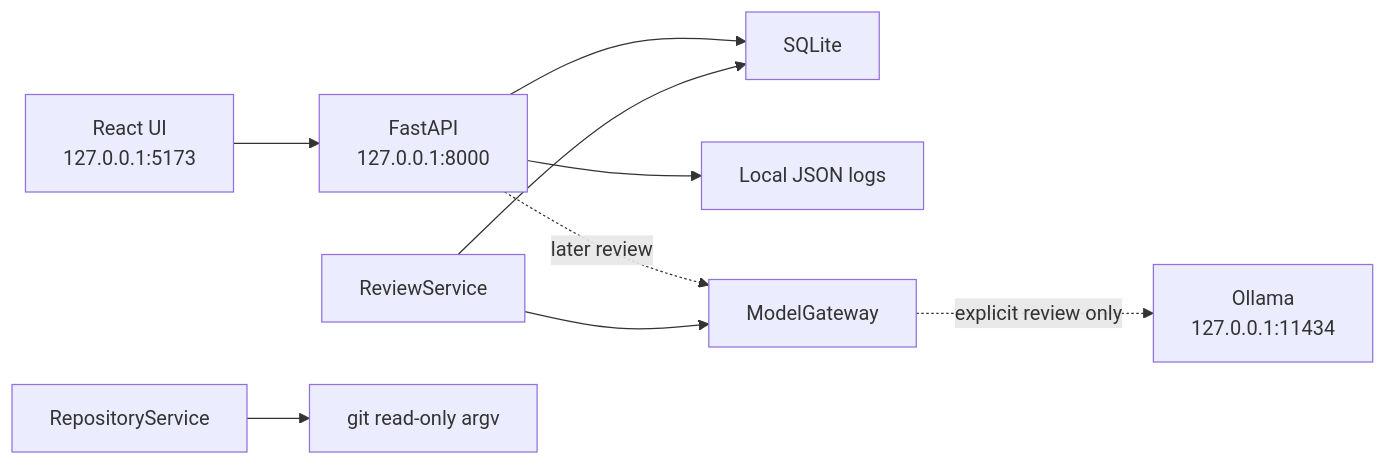
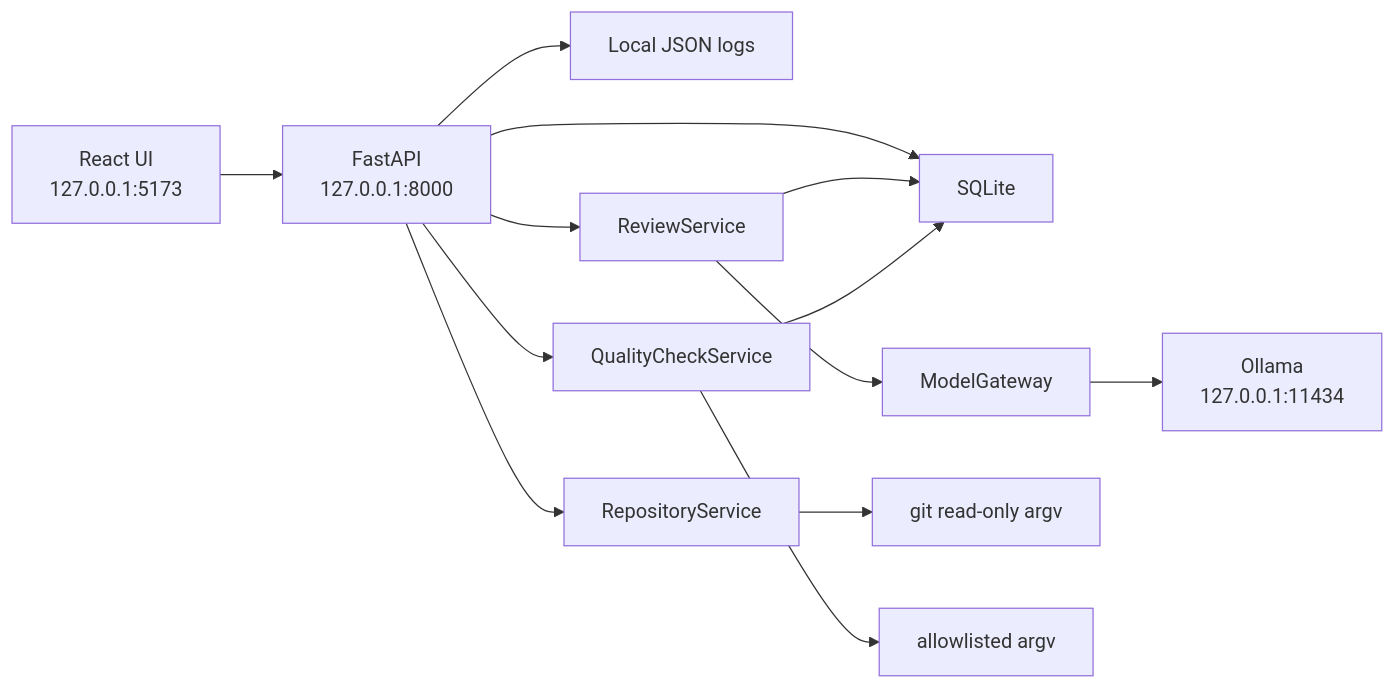
Before and after one commit to dpatidar-rave/DevPilot: the diagram in docs/architecture.md, drawn with Mermaid. The commit also changed other lines of this file and 25 other files, not shown here.

````diff
--- a/docs/architecture.md
+++ b/docs/architecture.md
@@ -5,11 +5,15 @@
 ```mermaid
 flowchart LR
   UI["React UI\n127.0.0.1:5173"] --> API["FastAPI\n127.0.0.1:8000"]
   API --> DB["SQLite"]
   API --> LOG["Local JSON logs"]
-  API -. later review .-> MODEL["ModelGateway"]
-  MODEL -. explicit review only .-> OLLAMA["Ollama\n127.0.0.1:11434"]
-  REVIEW["ReviewService"] --> MODEL
+  API --> REVIEW["ReviewService"]
+  REVIEW --> MODEL["ModelGateway"]
+  MODEL --> OLLAMA["Ollama\n127.0.0.1:11434"]
   REVIEW --> DB
-  REPO["RepositoryService"] --> GIT["git read-only argv"]
+  API --> REPO["RepositoryService"]
+  REPO --> GIT["git read-only argv"]
+  API --> QUALITY["QualityCheckService"]
+  QUALITY --> CHECK["allowlisted argv"]
+  QUALITY --> DB
 ```
````
